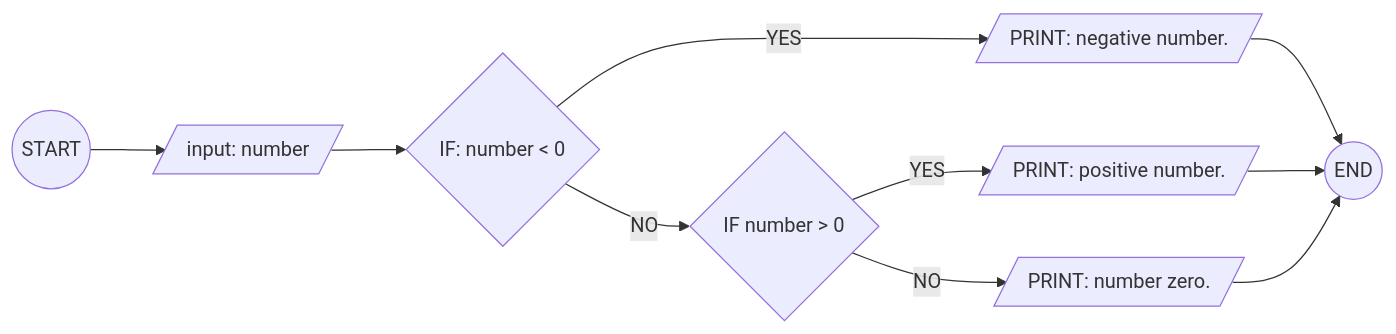
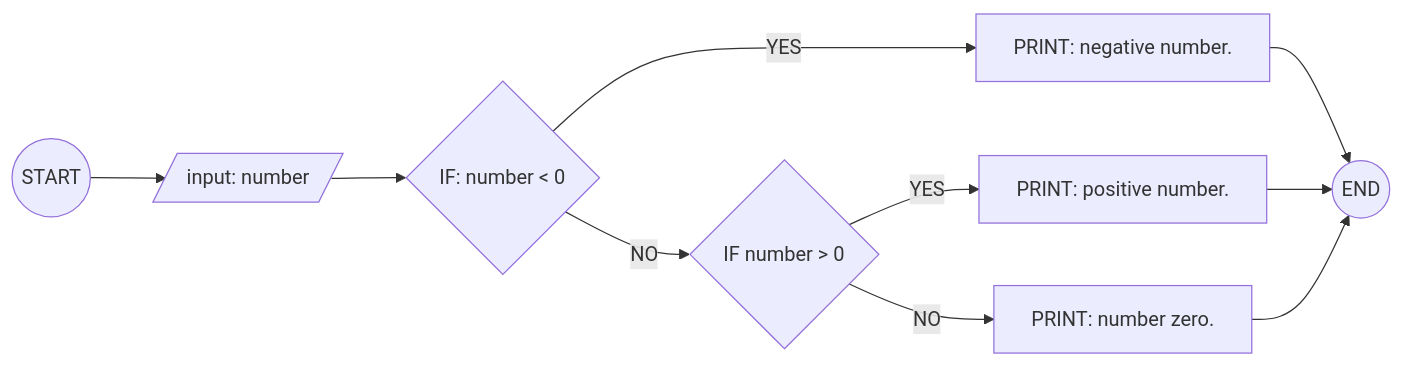
The first of 2 diagrams in Exercise4.md (ihabau/lexicon-WS-flowchats), drawn with Mermaid before and after one commit. The commit also changed other lines of this file and 8 other files, not shown here.

````diff
--- a/Exercise4.md
+++ b/Exercise4.md
@@ -25,7 +25,7 @@
 ```mermaid
 flowchart LR
 S((START)) --> IN[/input: number/]
-IN --> IF1{IF: number < 0} -- YES --> OUTN[/PRINT: negative number./] --> E((END))
-IF1 -- NO --> IF2{IF number > 0} -- YES --> OUTP[/PRINT: positive number./] --> E
-IF2 -- NO --> OUT0[/PRINT: number zero./] --> E
+IN --> IF1{IF: number < 0} -- YES --> OUTN[PRINT: negative number.] --> E((END))
+IF1 -- NO --> IF2{IF number > 0} -- YES --> OUTP[PRINT: positive number.] --> E
+IF2 -- NO --> OUT0[PRINT: number zero.] --> E
 ```
````
